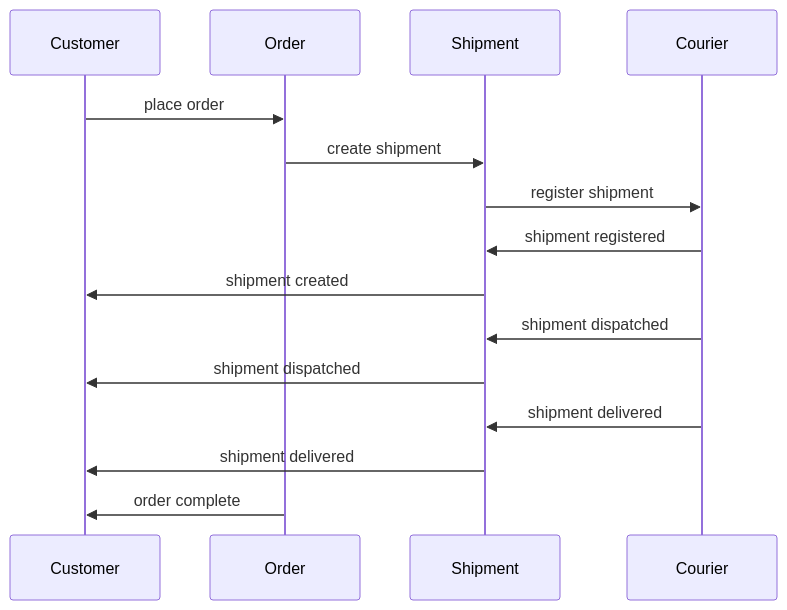
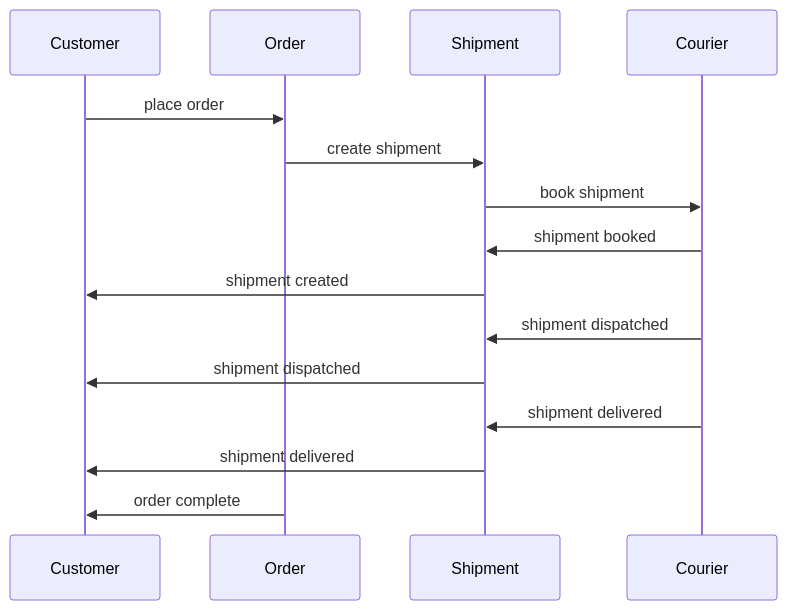
Before and after one commit to temporalio/reference-app-orders-go: the diagram in docs/overview.md, drawn with Mermaid. The commit also changed 3 other files, not shown here.

Commit message:
changed value of shipment status (and corresponding activity) from Registered to Booked, for clarity

````diff
--- a/docs/overview.md
+++ b/docs/overview.md
@@ -3,18 +3,18 @@
 ```mermaid
 sequenceDiagram
     participant Customer
     participant Order
     participant Shipment
     participant Courier
     
     Customer->>Order: place order
     Order->>Shipment: create shipment
-    Shipment->>Courier: register shipment
-    Courier->>Shipment: shipment registered
+    Shipment->>Courier: book shipment
+    Courier->>Shipment: shipment booked
     Shipment->>Customer: shipment created
     Courier->>Shipment: shipment dispatched
     Shipment->>Customer: shipment dispatched
     Courier->>Shipment: shipment delivered
     Shipment->>Customer: shipment delivered
     Order->>Customer: order complete
 ```
````
